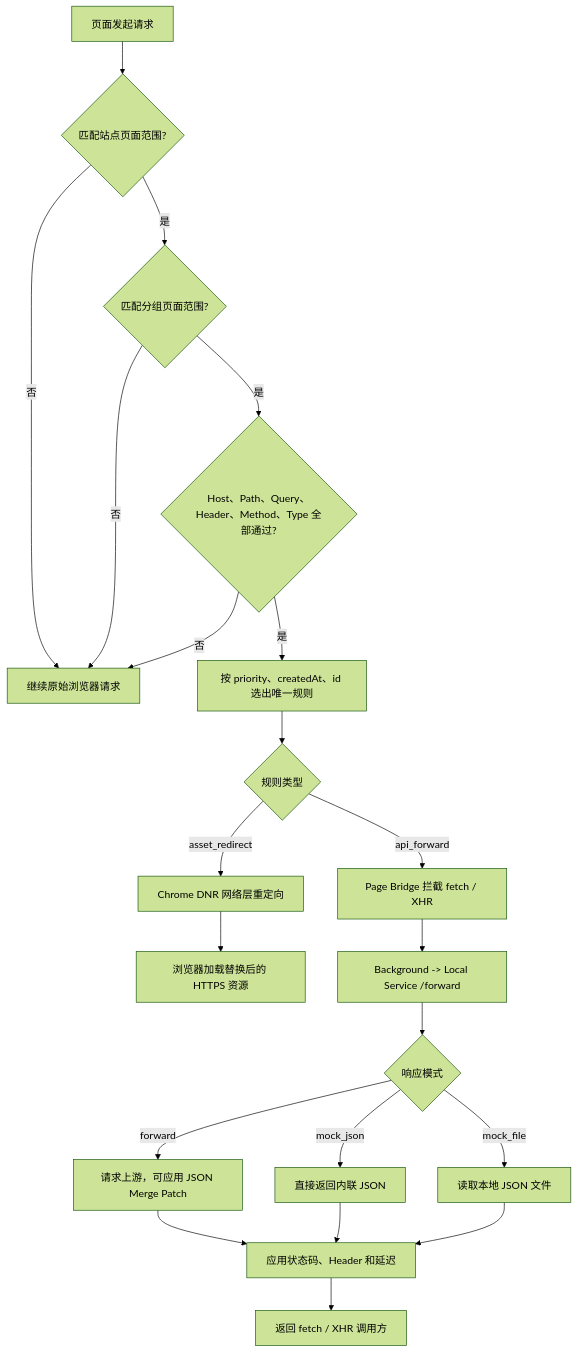
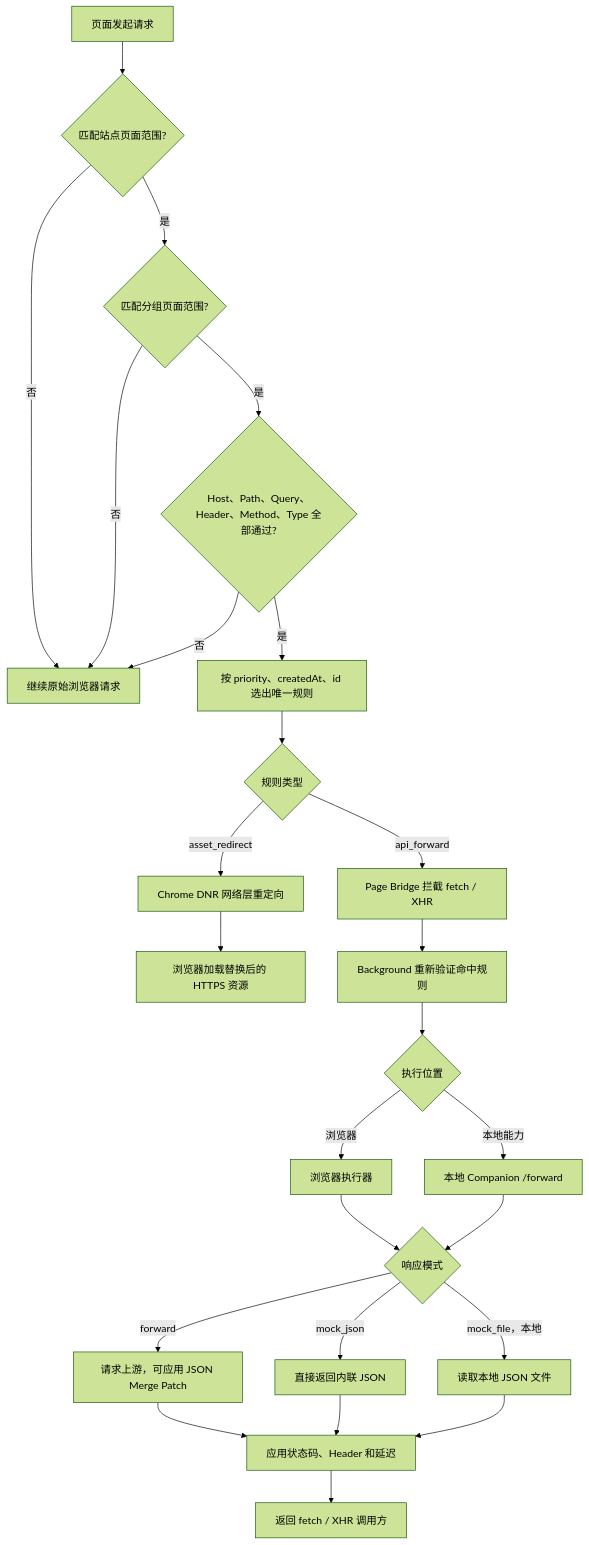
The third of 4 diagrams in README.zh-CN.md (real-jacket/resource-forwarder), drawn with Mermaid (forest theme) before and after one commit. The commit also changed other lines of this file and 1 other file, not shown here.

Commit message:
docs: fix GitHub flowchart rendering

````diff
--- a/README.zh-CN.md
+++ b/README.zh-CN.md
@@ -144,25 +151,29 @@
 ```mermaid
 flowchart TD
   Request["页面发起请求"] --> ProjectScope{"匹配站点页面范围?"}
   ProjectScope -->|否| Native["继续原始浏览器请求"]
   ProjectScope -->|是| RuleSetScope{"匹配分组页面范围?"}
   RuleSetScope -->|否| Native
   RuleSetScope -->|是| Conditions{"Host、Path、Query、Header、Method、Type 全部通过?"}
   Conditions -->|否| Native
   Conditions -->|是| Winner["按 priority、createdAt、id 选出唯一规则"]
   Winner --> Kind{"规则类型"}
 
   Kind -->|asset_redirect| DNR["Chrome DNR 网络层重定向"]
   DNR --> AssetTarget["浏览器加载替换后的 HTTPS 资源"]
 
   Kind -->|api_forward| Bridge["Page Bridge 拦截 fetch / XHR"]
-  Bridge --> LocalService["Background -> Local Service /forward"]
-  LocalService --> Mode{"响应模式"}
+  Bridge --> Background["Background 重新验证命中规则"]
+  Background --> Executor{"执行位置"}
+  Executor -->|浏览器| Browser["浏览器执行器"]
+  Executor -->|本地能力| Local["本地 Companion /forward"]
+  Browser --> Mode{"响应模式"}
+  Local --> Mode
   Mode -->|forward| Forward["请求上游，可应用 JSON Merge Patch"]
   Mode -->|mock_json| Inline["直接返回内联 JSON"]
-  Mode -->|mock_file| File["读取本地 JSON 文件"]
+  Mode -->|mock_file，本地| File["读取本地 JSON 文件"]
   Forward --> Response["应用状态码、Header 和延迟"]
   Inline --> Response
   File --> Response
   Response --> Caller["返回 fetch / XHR 调用方"]
 ```
````
